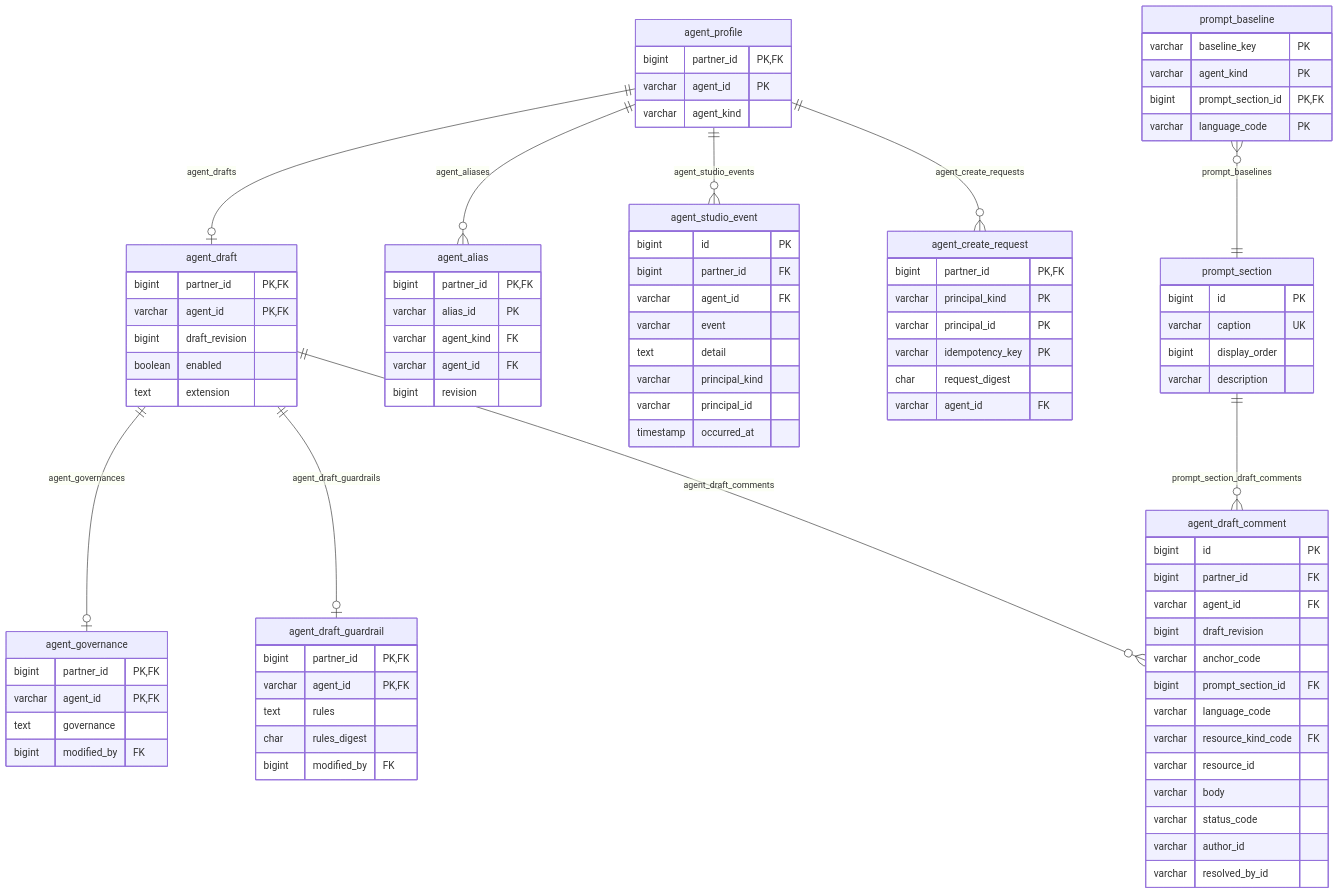
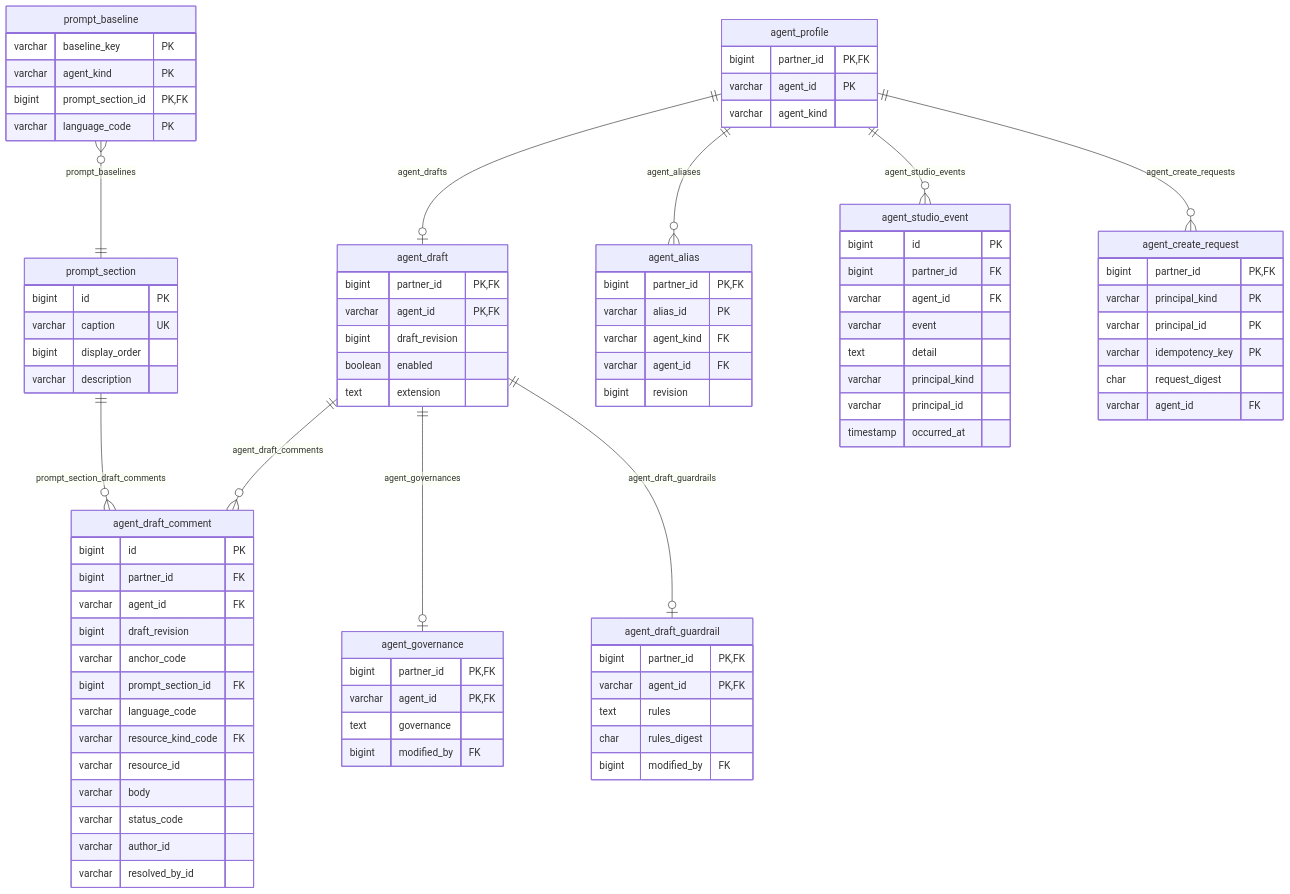
Before and after one commit to nauticana/scout: the sixth of 21 diagrams in doc/database.md, drawn with Mermaid. The commit also changed other lines of this file and 271 other files, not shown here.

````diff
--- a/doc/database.md
+++ b/doc/database.md
@@ -759,14 +777,14 @@
 ```mermaid
 erDiagram
+    prompt_baseline }o--|| prompt_section : prompt_baselines
+    prompt_section ||--o{ agent_draft_comment : prompt_section_draft_comments
     agent_profile ||--o| agent_draft : agent_drafts
-    agent_profile ||--o{ agent_alias : agent_aliases
-    prompt_baseline }o--|| prompt_section : prompt_baselines
-    agent_profile ||--o{ agent_studio_event : agent_studio_events
-    agent_profile ||--o{ agent_create_request : agent_create_requests
     agent_draft ||--o| agent_governance : agent_governances
     agent_draft ||--o| agent_draft_guardrail : agent_draft_guardrails
     agent_draft ||--o{ agent_draft_comment : agent_draft_comments
-    prompt_section ||--o{ agent_draft_comment : prompt_section_draft_comments
+    agent_profile ||--o{ agent_alias : agent_aliases
+    agent_profile ||--o{ agent_studio_event : agent_studio_events
+    agent_profile ||--o{ agent_create_request : agent_create_requests
 
     agent_studio_event {
         bigint id PK
````
